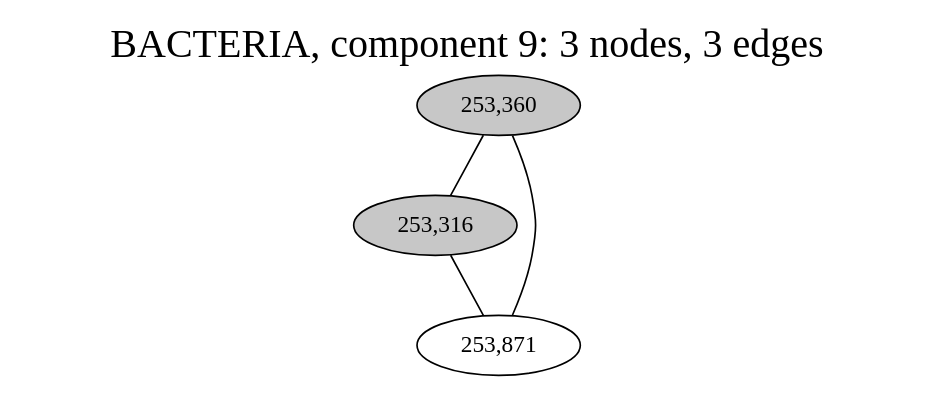
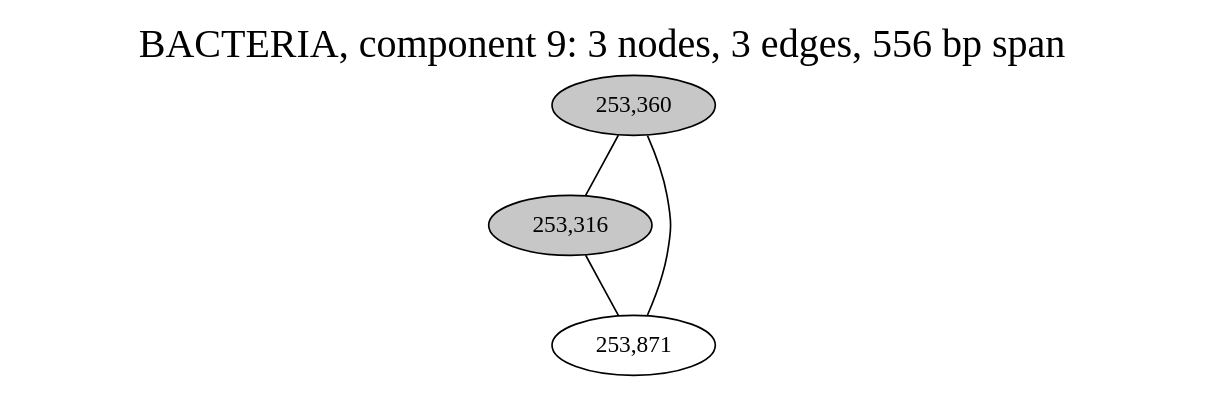
One commit to fedarko/sheepgut changed the diagram in notebooks/graphs/BACTERIA_cc9.gv. Above: the diagram before and after it, drawn with Graphviz. The commit also changed 33 other files, not shown here.

```diff
--- a/notebooks/graphs/BACTERIA_cc9.gv
+++ b/notebooks/graphs/BACTERIA_cc9.gv
@@ -1,13 +1,13 @@
 graph BACTERIA_cc9 {
 	overlap="prism50";
 	outputorder="edgesfirst";
-	label="BACTERIA, component 9: 3 nodes, 3 edges";
+	label="BACTERIA, component 9: 3 nodes, 3 edges, 556 bp span";
 	labelloc="t";
 	fontsize=24;
 	"253,360" [style="filled", fillcolor="#c7c7c7", fontcolor="#000000"];
 	"253,316" [style="filled", fillcolor="#c7c7c7", fontcolor="#000000"];
 	"253,871" [style="filled", fillcolor="#ffffff", fontcolor="#000000"];
 	"253,360" -- "253,316";
 	"253,360" -- "253,871";
 	"253,316" -- "253,871";
 }
```
